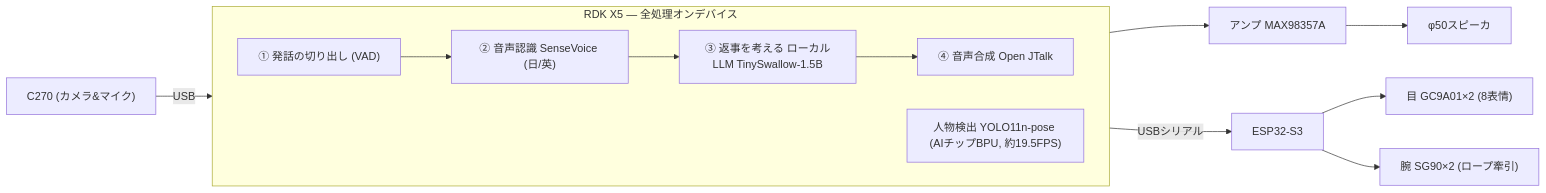
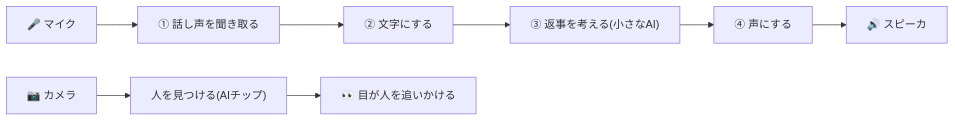
One commit to gurimaruking/corosuke-robot changed the diagram in docs/blog/intro_ja.md. Above: the diagram before and after it, drawn with Mermaid. The commit also changed other lines of this file and 1 other file, not shown here.

````diff
--- a/docs/blog/intro_ja.md
+++ b/docs/blog/intro_ja.md
@@ -59,13 +81,5 @@
 ```mermaid
 flowchart LR
-  CAM["C270 (カメラ&マイク)"] -->|USB| RDK
-  subgraph RDK["RDK X5 — 全処理オンデバイス"]
-    direction LR
-    VAD["① 発話の切り出し (VAD)"] --> STT["② 音声認識 SenseVoice (日/英)"] --> LLM["③ 返事を考える ローカルLLM TinySwallow-1.5B"] --> TTS["④ 音声合成 Open JTalk"]
-    YOLO["人物検出 YOLO11n-pose (AIチップBPU, 約19.5FPS)"]
-  end
-  RDK -->|"USBシリアル"| S3["ESP32-S3"]
-  S3 --> EYES["目 GC9A01×2 (8表情)"]
-  S3 --> ARMS["腕 SG90×2 (ロープ牽引)"]
-  TTS --> AMP["アンプ MAX98357A"] --> SPK["φ50スピーカ"]
+  M["🎤 マイク"] --> A["① 話し声を聞き取る"] --> B["② 文字にする"] --> C["③ 返事を考える(小さなAI)"] --> D["④ 声にする"] --> S["🔊 スピーカ"]
+  CAMERA["📷 カメラ"] --> P["人を見つける(AIチップ)"] --> E["👀 目が人を追いかける"]
 ```
````
